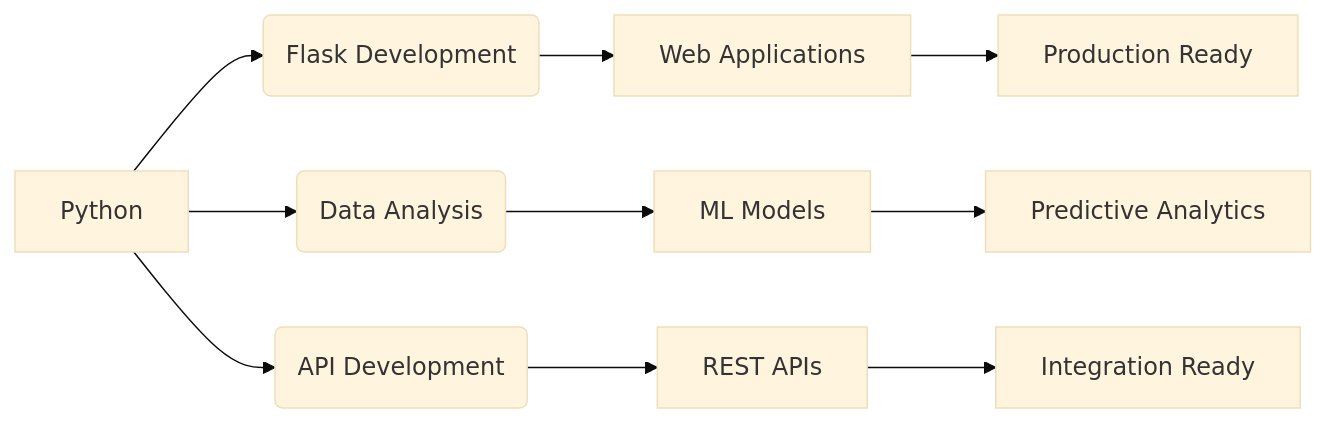
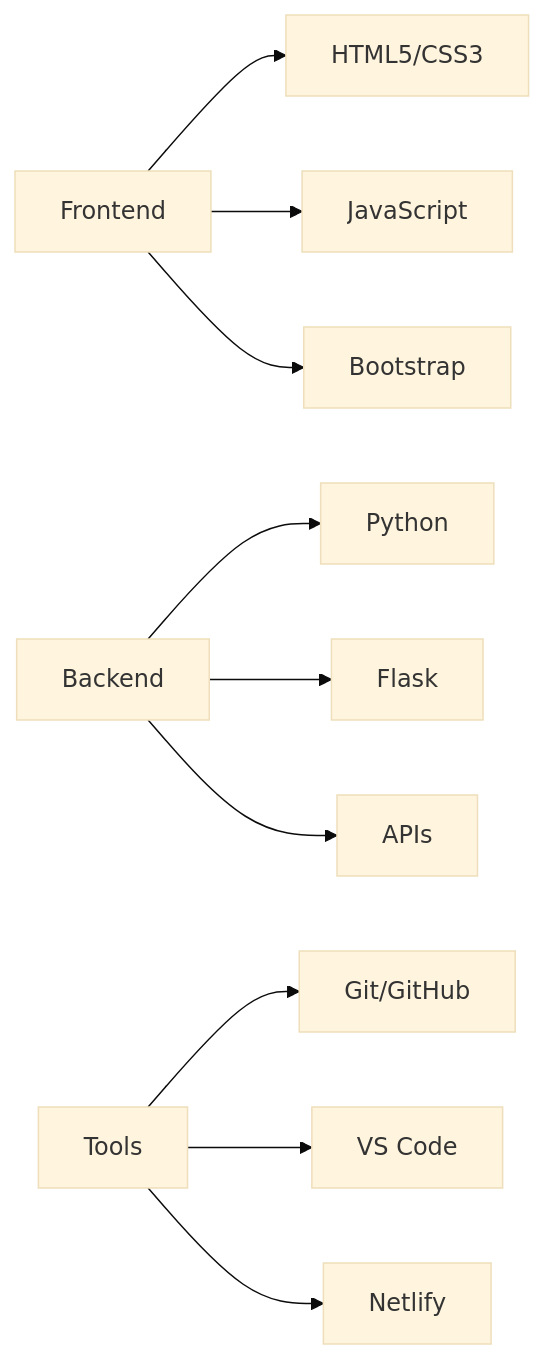
Before and after one commit to Tanzeel804/Tanzeel804: the diagram in README.md, drawn with Mermaid (base theme). The commit also changed other lines of this file, not shown here.

````diff
--- a/README.md
+++ b/README.md
@@ -164,12 +210,12 @@
 ```mermaid
 graph LR
-A[Python] --> B(Flask Development)
-A --> C(Data Analysis)
-A --> D(API Development)
-B --> E[Web Applications]
-C --> F[ML Models]
-D --> G[REST APIs]
-E --> H[Production Ready]
-F --> I[Predictive Analytics]
-G --> J[Integration Ready]
+A[Frontend] --> B[HTML5/CSS3]
+A --> C[JavaScript]
+A --> D[Bootstrap]
+E[Backend] --> F[Python]
+E --> G[Flask]
+E --> H[APIs]
+I[Tools] --> J[Git/GitHub]
+I --> K[VS Code]
+I --> L[Netlify]
 ```
````
